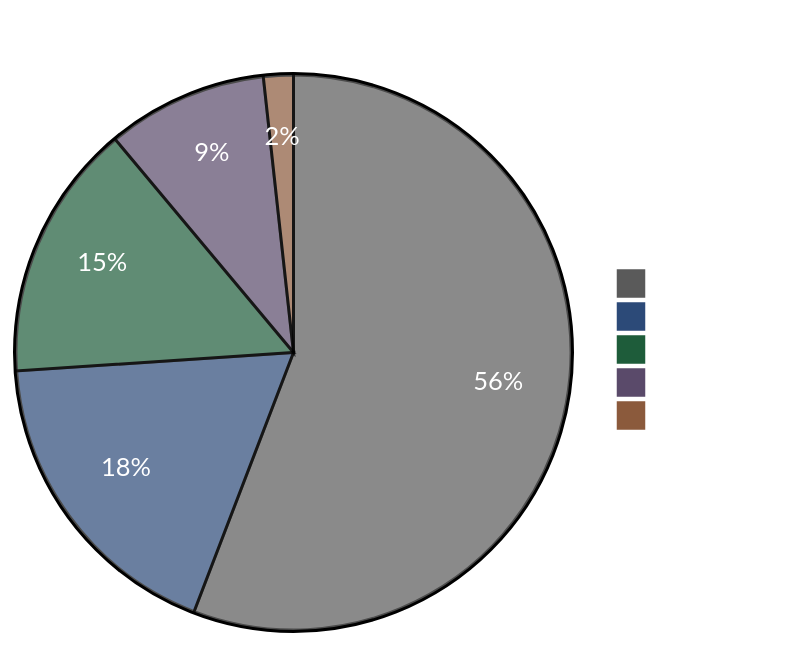
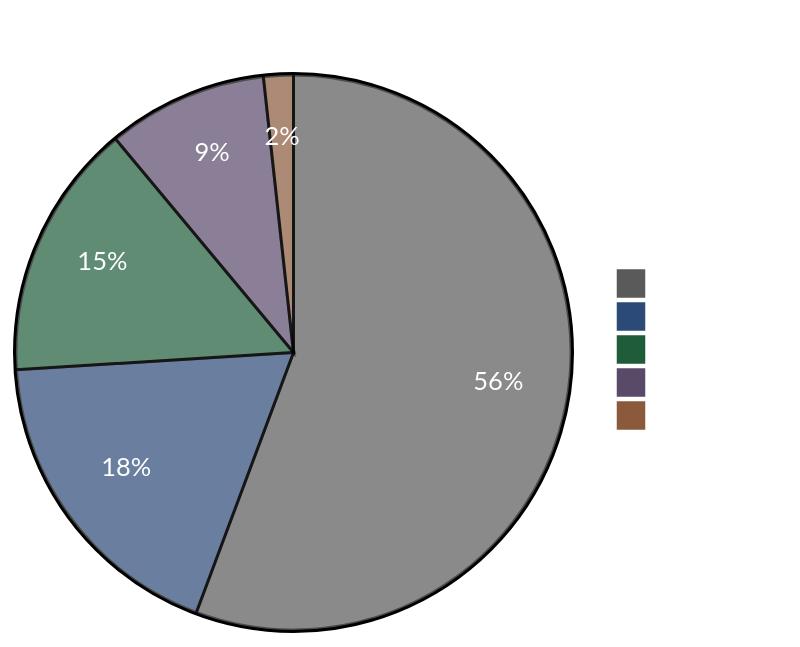
The diagram in README.md (ccmeteorljh/reco-arxiv-daily), drawn with Mermaid before and after one commit. The commit also changed other lines of this file and 7 other files, not shown here.

````diff
--- a/README.md
+++ b/README.md
@@ -6,19 +6,19 @@
 ```mermaid
 %%{init: {'theme':'base', 'themeVariables': {
   'pie1':'#5a5a5a',
   'pie2':'#2c4a78',
   'pie3':'#1e5c3a',
   'pie4':'#5a4a6a',
   'pie5':'#8b5a3c',
   'pieTitleTextColor':'#ffffff',
   'pieSectionTextColor':'#ffffff',
   'pieLegendTextColor':'#ffffff'
 }}}%%
 pie showData
 title Paper Distribution by Tag
   "Other" : 675
-  "LLM" : 219
+  "LLM" : 222
   "GR" : 181
   "Seq" : 113
   "Scaling" : 21
 ```
````
